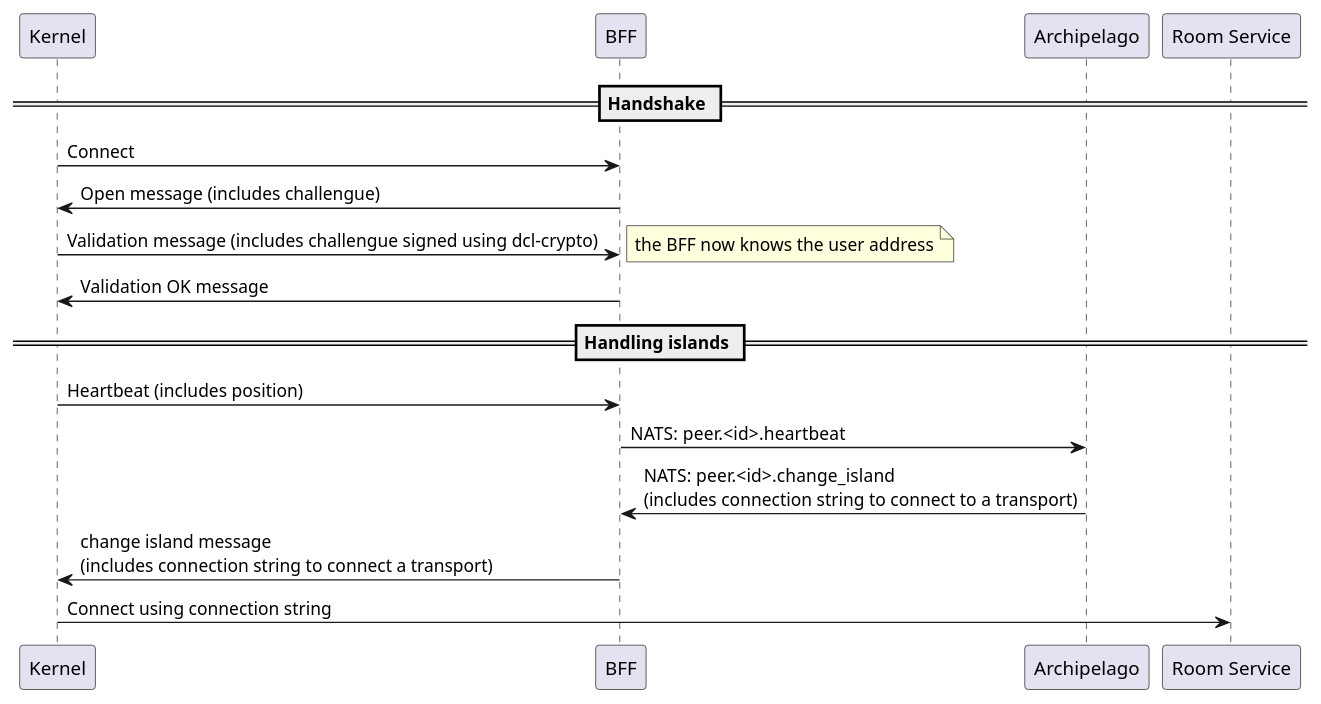
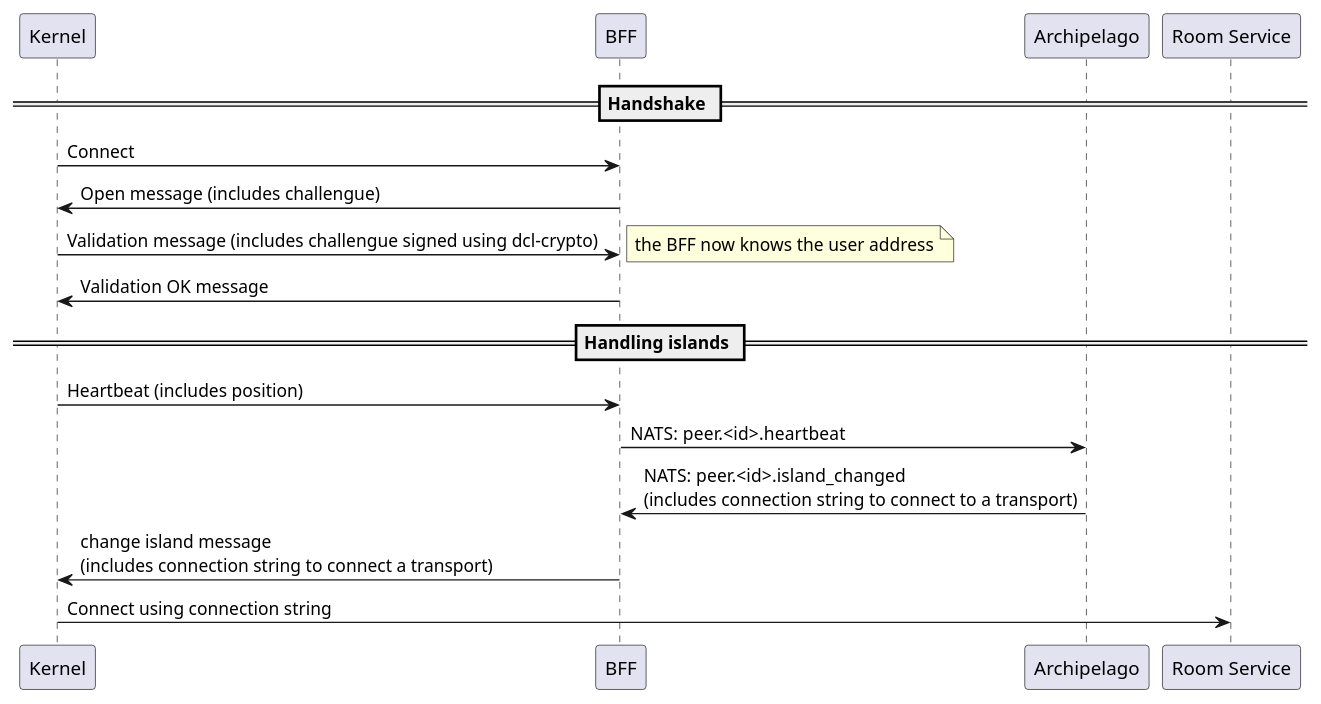
The first of 9 diagrams in docs/comms.org (decentraland/libpeer-comms-v3), drawn with PlantUML before and after one commit. The commit also changed other lines of this file and 1 other file, not shown here.

Commit message:
docs: fix `island_changed` message in docs

```diff
--- a/docs/comms.org
+++ b/docs/comms.org
@@ -20,24 +20,24 @@
 #+begin_src plantuml :file comms-v3-overview.png 
 participant Kernel as K
 participant BFF as BFF
 participant Archipelago as A
 participant "Room Service" as Transport
 
 == Handshake ==
 
 K->BFF: Connect
 BFF->K: Open message (includes challengue)
 K->BFF: Validation message (includes challengue signed using dcl-crypto)
 note right: the BFF now knows the user address
 BFF->K: Validation OK message
 
 == Handling islands ==
 
 K->BFF: Heartbeat (includes position)
 BFF->A: NATS: peer.<id>.heartbeat
 
-A->BFF: NATS: peer.<id>.change_island \n(includes connection string to connect to a transport)
+A->BFF: NATS: peer.<id>.island_changed \n(includes connection string to connect to a transport)
 BFF->K: change island message \n(includes connection string to connect a transport)
 
 K->Transport: Connect using connection string
 #+end_src
```
